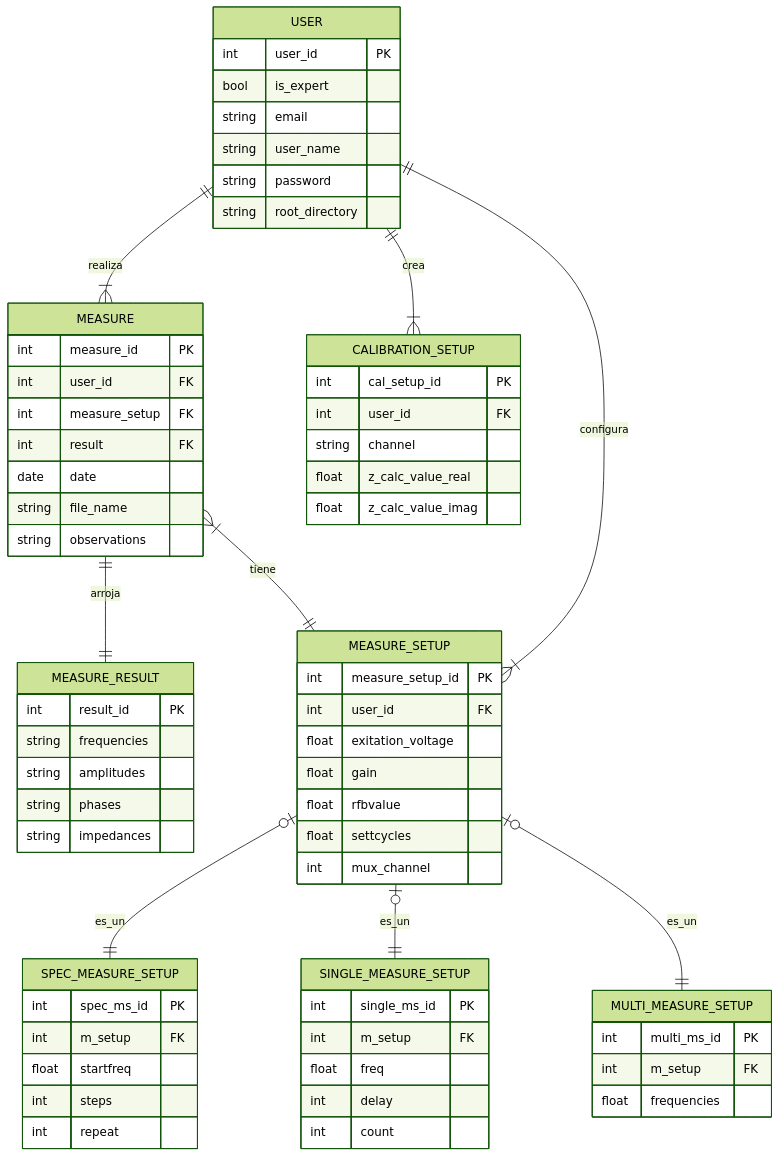
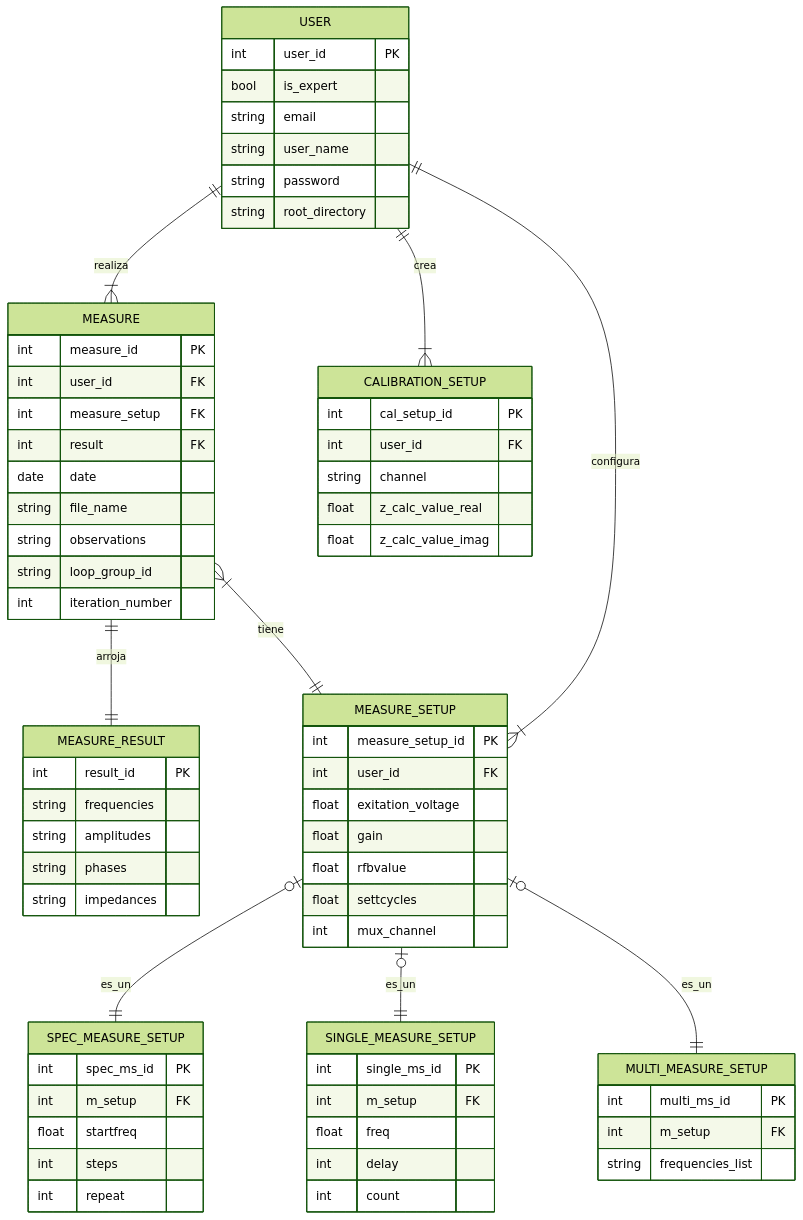
Before and after one commit to alegrelias/Repo-GMini: the fourth of 4 diagrams in Gmini-MarkDown/Diseño de base de datos.md, drawn with Mermaid (forest theme). The commit also changed 3 other files, not shown here.

```diff
--- a/Gmini-MarkDown/Diseño de base de datos.md
+++ b/Gmini-MarkDown/Diseño de base de datos.md
@@ -56,6 +56,8 @@
 	date date
 	string file_name
 	string observations
+	string loop_group_id
+	int iteration_number
 }
 
 MEASURE_RESULT{
@@ -95,7 +97,7 @@
 MULTI_MEASURE_SETUP{
 	int multi_ms_id PK
 	int m_setup FK
-	float frequencies
+	string frequencies_list
 }
 
 USER ||--|{ MEASURE : realiza
```
